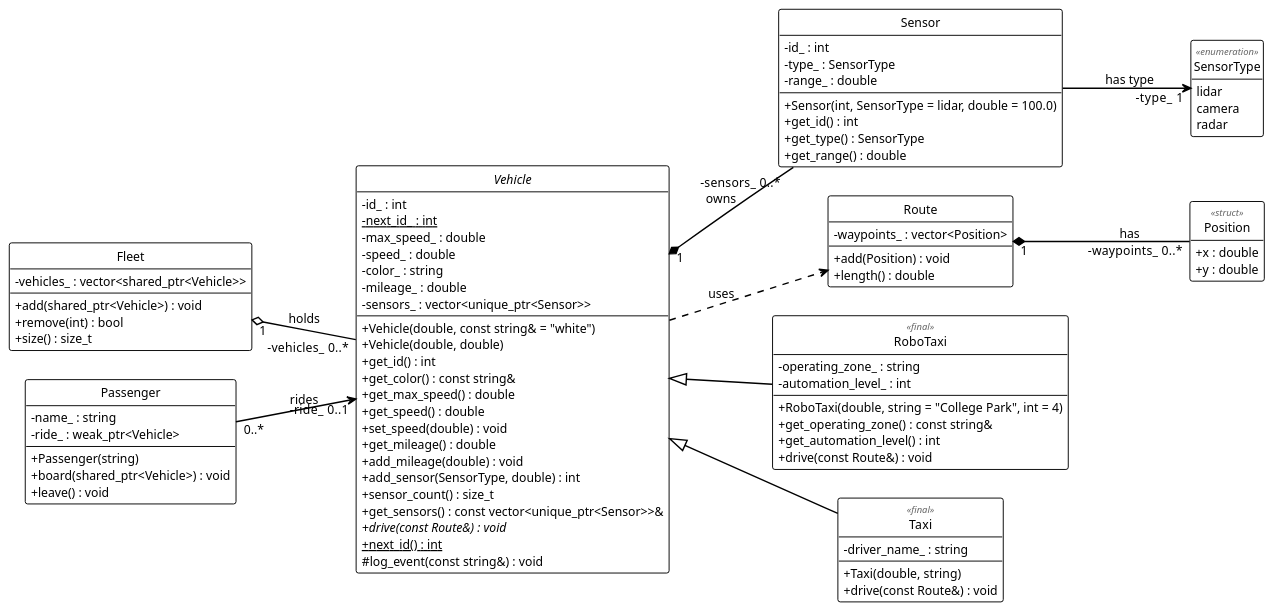
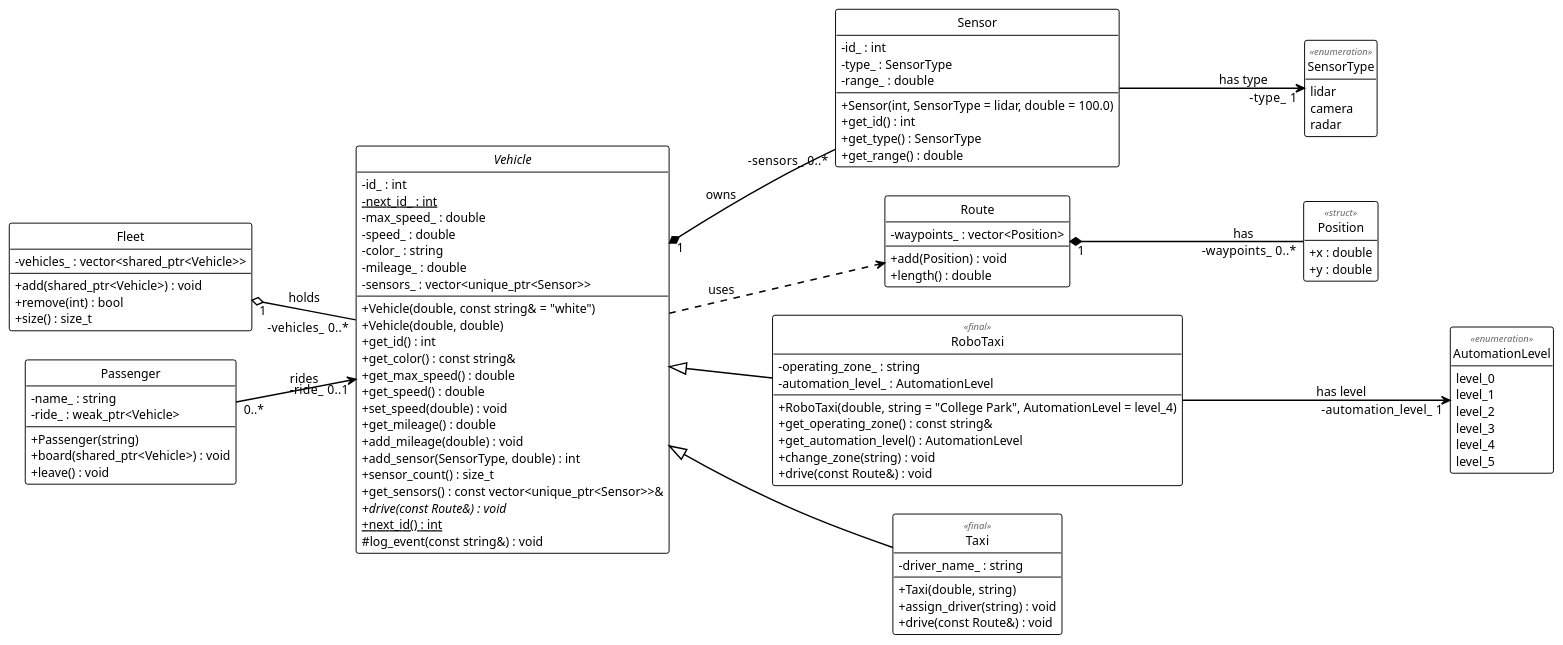
Before and after one commit to zeidk/enpm702-fall-2026-cpp: the diagram in project/week9/uml/model_full_members.plantuml, drawn with PlantUML. The commit also changed 33 other files, not shown here.

First line of the commit message:
week9: assign_driver, change_zone, AutomationLevel, step comments, new slide numbers

```diff
--- a/project/week9/uml/model_full_members.plantuml
+++ b/project/week9/uml/model_full_members.plantuml
@@ -1,100 +1,111 @@
 @startuml model_full_members
 ' Generated for the slides.
 !theme mono
 skinparam backgroundColor white
 skinparam defaultFontName "Fira Sans"
 skinparam defaultFontSize 13
 skinparam shadowing false
 skinparam classAttributeIconSize 0
 skinparam nodesep 30
 skinparam ranksep 75
 skinparam ArrowThickness 1.5
 hide circle
 hide empty members
 
 
 left to right direction
 
 class Fleet {
   - vehicles_ : vector<shared_ptr<Vehicle>>
   + add(shared_ptr<Vehicle>) : void
   + remove(int) : bool
   + size() : size_t
 }
 class Passenger {
   - name_ : string
   - ride_ : weak_ptr<Vehicle>
   + Passenger(string)
   + board(shared_ptr<Vehicle>) : void
   + leave() : void
 }
 abstract class Vehicle {
   - id_ : int
   - {static} next_id_ : int
   - max_speed_ : double
   - speed_ : double
   - color_ : string
   - mileage_ : double
   - sensors_ : vector<unique_ptr<Sensor>>
   + Vehicle(double, const string& = "white")
   + Vehicle(double, double)
   + get_id() : int
   + get_color() : const string&
   + get_max_speed() : double
   + get_speed() : double
   + set_speed(double) : void
   + get_mileage() : double
   + add_mileage(double) : void
   + add_sensor(SensorType, double) : int
   + sensor_count() : size_t
   + get_sensors() : const vector<unique_ptr<Sensor>>&
   + {abstract} drive(const Route&) : void
   + {static} next_id() : int
   # log_event(const string&) : void
 }
 class Sensor {
   - id_ : int
   - type_ : SensorType
   - range_ : double
   + Sensor(int, SensorType = lidar, double = 100.0)
   + get_id() : int
   + get_type() : SensorType
   + get_range() : double
 }
 enum SensorType <<enumeration>> {
   lidar
   camera
   radar
 }
 class Route {
   - waypoints_ : vector<Position>
   + add(Position) : void
   + length() : double
 }
 class Position <<struct>> {
   + x : double
   + y : double
 }
 class RoboTaxi <<final>> {
   - operating_zone_ : string
-  - automation_level_ : int
-  + RoboTaxi(double, string = "College Park", int = 4)
+  - automation_level_ : AutomationLevel
+  + RoboTaxi(double, string = "College Park", AutomationLevel = level_4)
   + get_operating_zone() : const string&
-  + get_automation_level() : int
+  + get_automation_level() : AutomationLevel
+  + change_zone(string) : void
   + drive(const Route&) : void
 }
 class Taxi <<final>> {
   - driver_name_ : string
   + Taxi(double, string)
+  + assign_driver(string) : void
   + drive(const Route&) : void
+}
+enum AutomationLevel <<enumeration>> {
+  level_0
+  level_1
+  level_2
+  level_3
+  level_4
+  level_5
 }
 
 Fleet "1" o-- "-vehicles_  0..*" Vehicle : holds
 Passenger "0..*" --> "-ride_  0..1" Vehicle : rides
 Vehicle "1" *-- "-sensors_  0..*" Sensor : owns
 Vehicle ..> Route : uses
 Route "1" *-- "-waypoints_  0..*" Position : has
 Sensor --> "-type_  1" SensorType : has type
 Vehicle <|-- RoboTaxi
 Vehicle <|-- Taxi
+RoboTaxi ---> "-automation_level_  1" AutomationLevel : has level
 @enduml
```
